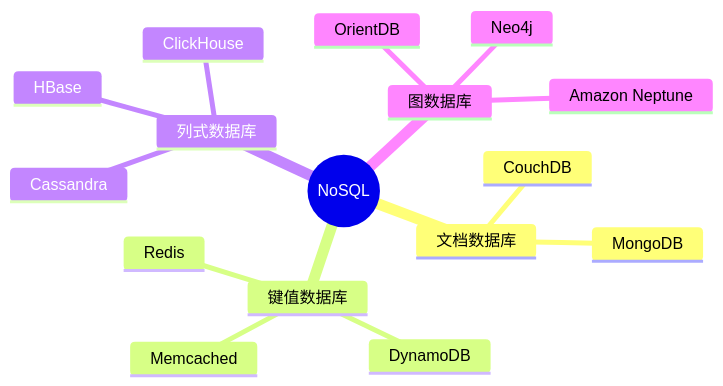
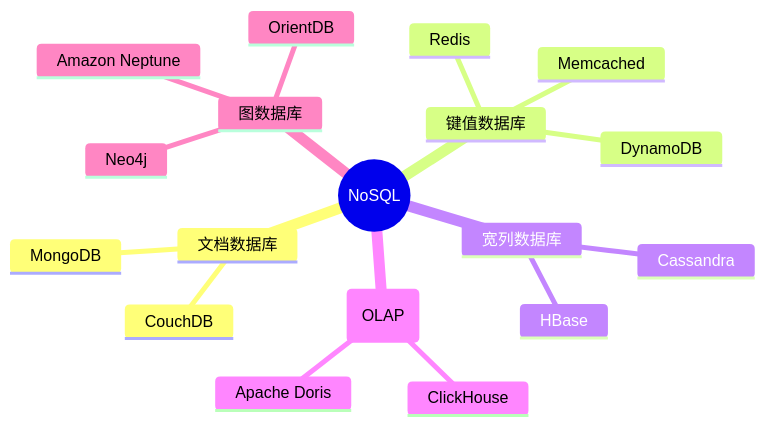
Before and after one commit to before80/prgms: the fifth of 8 diagrams in content/linux/database/Chapter-43-Database-Basics.md, drawn with Mermaid. The commit also changed other lines of this file and 1645 other files, not shown here.

````diff
--- a/content/linux/database/Chapter-43-Database-Basics.md
+++ b/content/linux/database/Chapter-43-Database-Basics.md
@@ -571,19 +586,21 @@
 ```mermaid
 mindmap
   root((NoSQL))
     文档数据库
       MongoDB
       CouchDB
     键值数据库
       Redis
       DynamoDB
       Memcached
-    列式数据库
+    宽列数据库
       Cassandra
       HBase
+    列式数据库(OLAP)
       ClickHouse
+      Apache Doris
     图数据库
       Neo4j
       OrientDB
       Amazon Neptune
 ```
````
